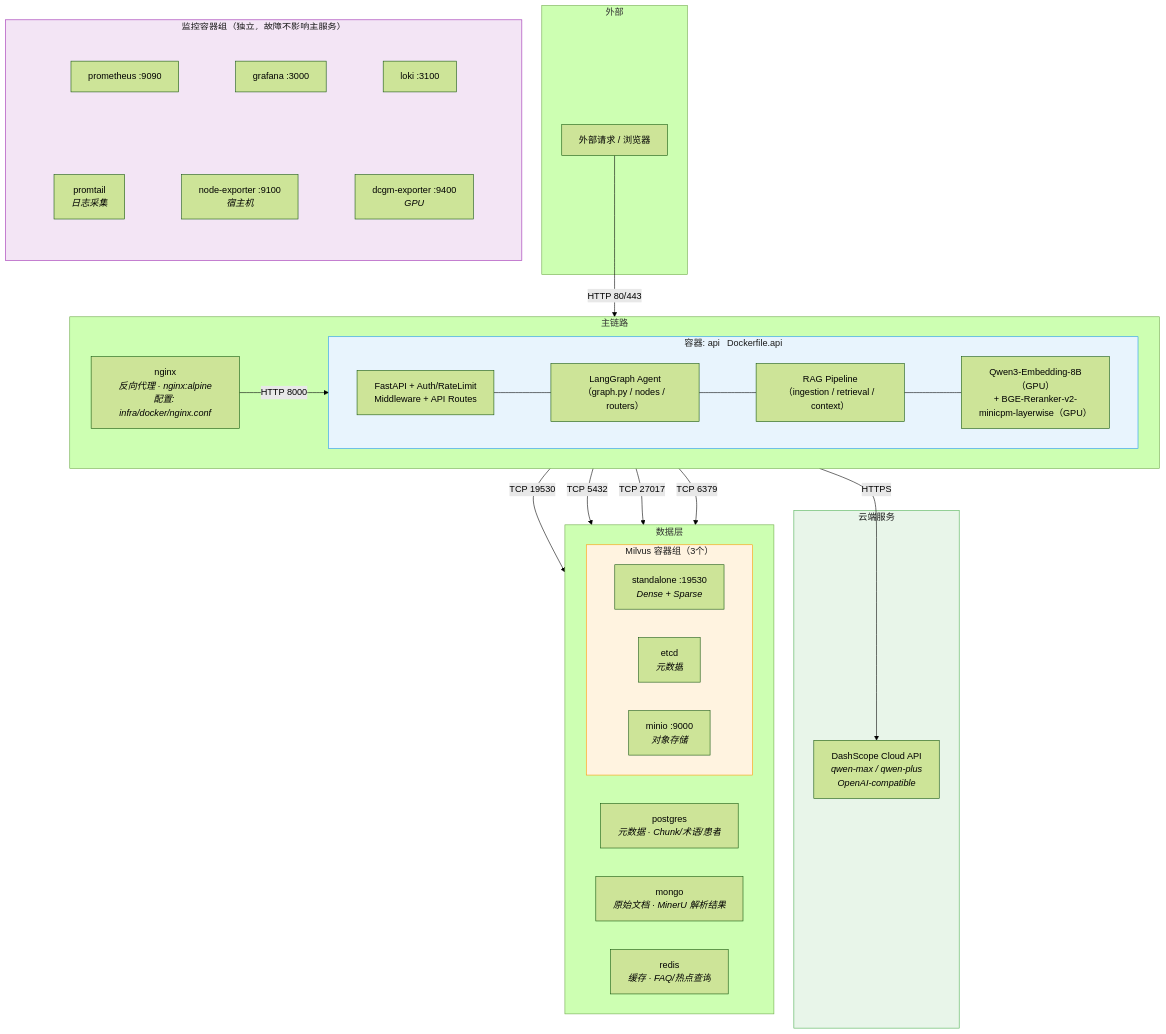
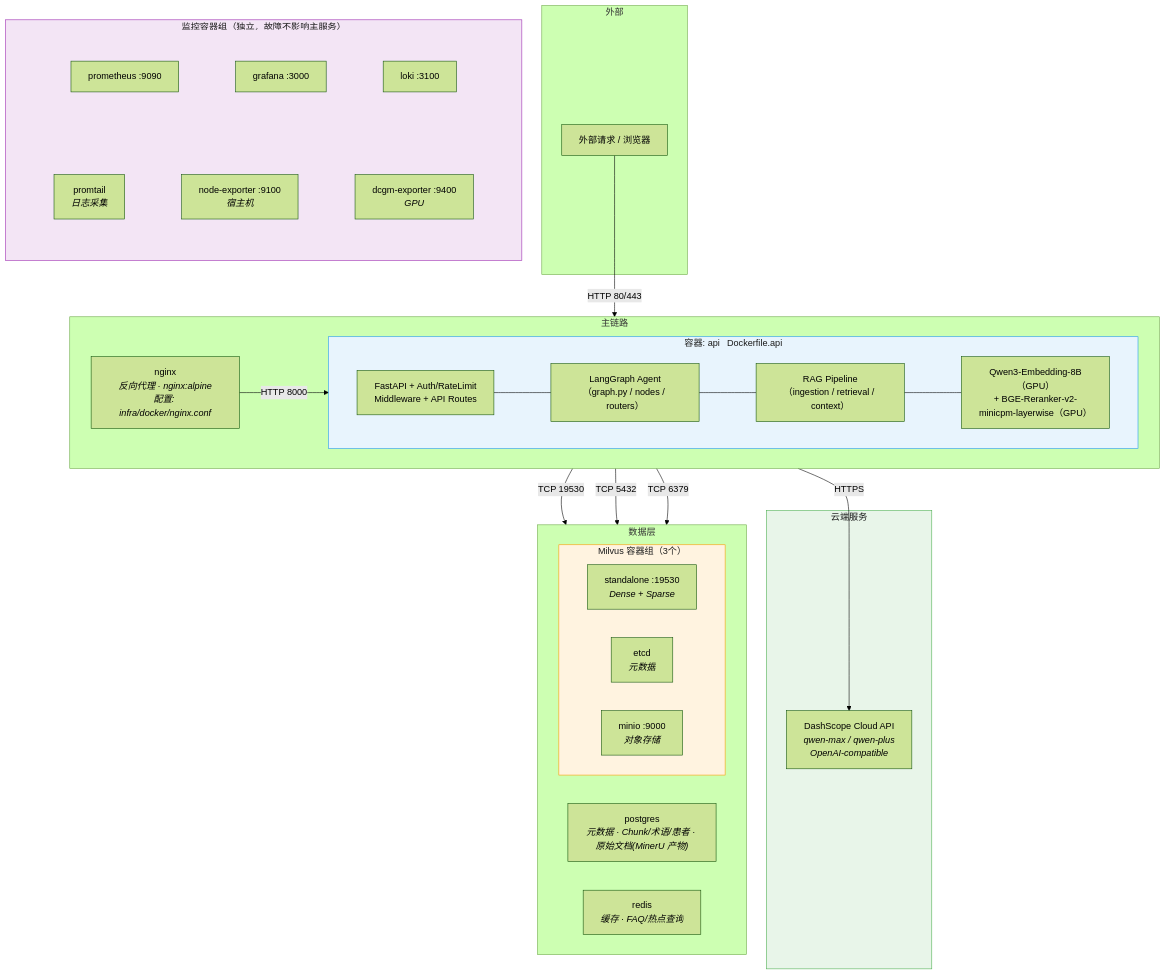
One commit to Handshakeworm/Agentic-RAG-Medical-care-Assistant changed the diagram in .claude/skills/auto-coder/references/01-overview.md. Above: the diagram before and after it, drawn with Mermaid (forest theme). The commit also changed other lines of this file and 47 other files, not shown here.

````diff
--- a/.claude/skills/auto-coder/references/01-overview.md
+++ b/.claude/skills/auto-coder/references/01-overview.md
@@ -382,72 +368,70 @@
 ```mermaid
 graph TB
     subgraph 外部
         Client["外部请求 / 浏览器"]
     end
 
     subgraph 云端["云端服务"]
         cloudapi["DashScope Cloud API<br/><i>qwen-max / qwen-plus</i><br/><i>OpenAI-compatible</i>"]
     end
 
     Client -->|"HTTP 80/443"| nginx
 
     subgraph 主链路
         direction LR
         nginx["nginx<br/><i>反向代理 · nginx:alpine</i><br/><i>配置: infra/docker/nginx.conf</i>"]
         nginx -->|"HTTP 8000"| api
 
         subgraph api["容器: api &ensp;Dockerfile.api"]
             direction LR
             L1["FastAPI + Auth/RateLimit<br/>Middleware + API Routes"]
             L2["LangGraph Agent<br/>（graph.py / nodes / routers）"]
             L3["RAG Pipeline<br/>（ingestion / retrieval / context）"]
             L4["Qwen3-Embedding-8B（GPU）<br/>+ BGE-Reranker-v2-minicpm-layerwise（GPU）"]
             L1 --- L2 --- L3 --- L4
         end
     end
 
     subgraph 数据层
         direction LR
         subgraph Milvus["Milvus 容器组（3个）"]
             direction LR
             standalone["standalone :19530<br/><i>Dense + Sparse</i>"]
             etcd["etcd<br/><i>元数据</i>"]
             minio["minio :9000<br/><i>对象存储</i>"]
         end
-        postgres["postgres<br/><i>元数据 · Chunk/术语/患者</i>"]
-        mongo["mongo<br/><i>原始文档 · MinerU 解析结果</i>"]
+        postgres["postgres<br/><i>元数据 · Chunk/术语/患者 · 原始文档(MinerU 产物)</i>"]
         redis["redis<br/><i>缓存 · FAQ/热点查询</i>"]
     end
 
     api -->|"HTTPS"| cloudapi
     api -->|"TCP 19530"| standalone
     api -->|"TCP 5432"| postgres
-    api -->|"TCP 27017"| mongo
     api -->|"TCP 6379"| redis
 
     subgraph 监控层["监控容器组（独立，故障不影响主服务）"]
         direction TB
         subgraph 监控行1[" "]
             direction LR
             prometheus["prometheus :9090"]
             grafana["grafana :3000"]
             loki["loki :3100"]
             prometheus ~~~ grafana ~~~ loki
         end
         subgraph 监控行2[" "]
             direction LR
             promtail["promtail<br/><i>日志采集</i>"]
             node_exp["node-exporter :9100<br/><i>宿主机</i>"]
             dcgm_exp["dcgm-exporter :9400<br/><i>GPU</i>"]
             promtail ~~~ node_exp ~~~ dcgm_exp
         end
         监控行1 ~~~ 监控行2
     end
 
     style api fill:#e8f4fd,stroke:#2196F3,color:#1a1a1a
     style Milvus fill:#fff3e0,stroke:#FF9800,color:#1a1a1a
     style 监控层 fill:#f3e5f5,stroke:#9C27B0,color:#1a1a1a
     style 云端 fill:#e8f5e9,stroke:#4CAF50,color:#1a1a1a
     style 监控行1 fill:transparent,stroke:none
     style 监控行2 fill:transparent,stroke:none
 ```
````
